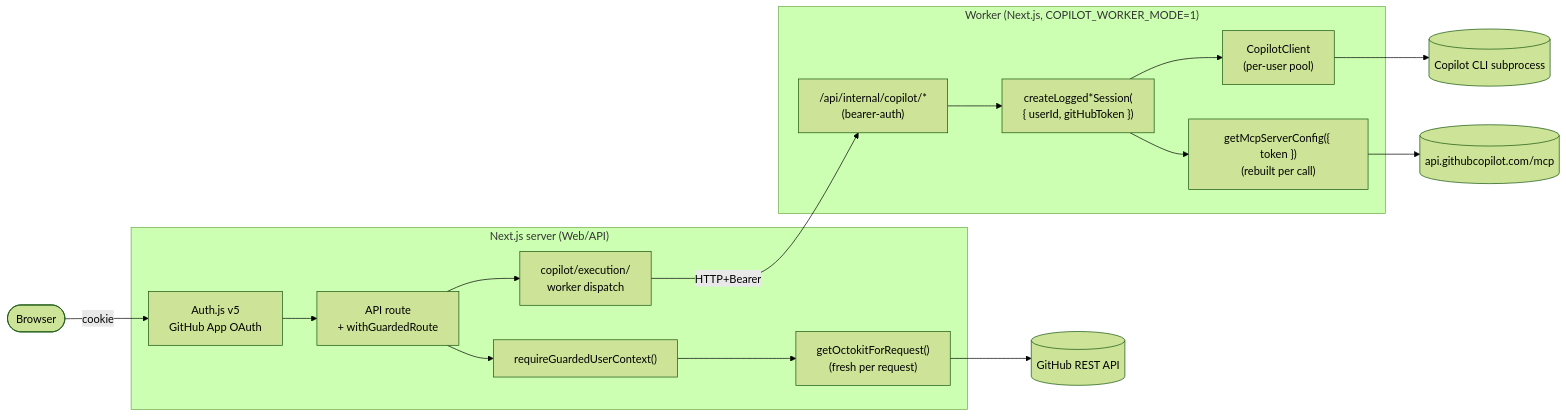
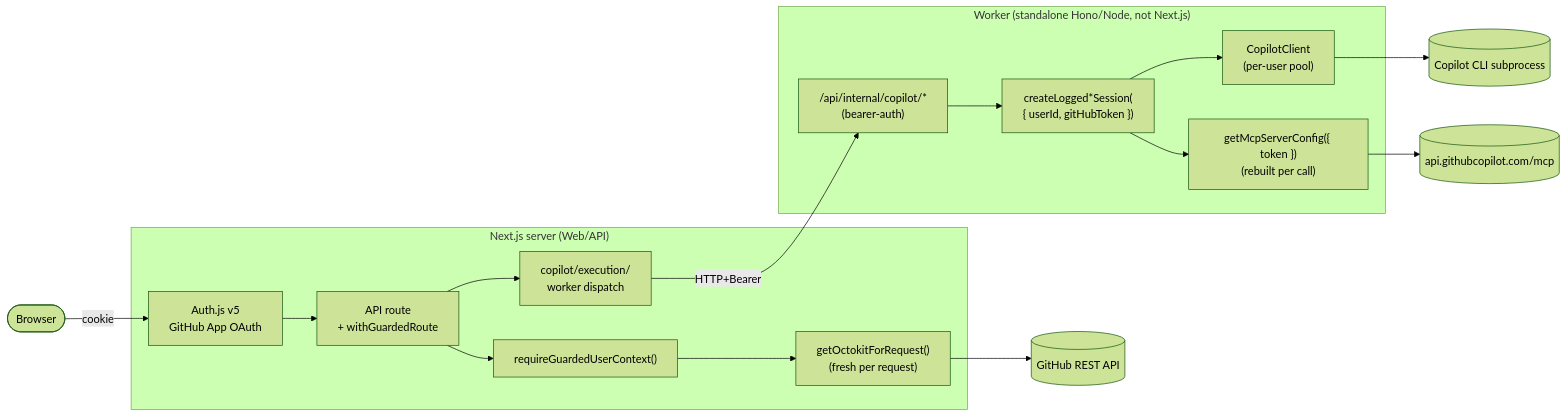
One commit to chrisreddington/flight-school changed the diagram in docs/architecture-multitenant.md. Above: the diagram before and after it, drawn with Mermaid (forest theme). The commit also changed other lines of this file and 61 other files, not shown here.

````diff
--- a/docs/architecture-multitenant.md
+++ b/docs/architecture-multitenant.md
@@ -29,32 +29,32 @@
 ```mermaid
 flowchart LR
     Browser([Browser])
 
     subgraph NextProc["Next.js server (Web/API)"]
         AuthJS["Auth.js v5<br/>GitHub App OAuth"]
         Route["API route<br/>+ withGuardedRoute"]
         Ctx["requireGuardedUserContext()"]
         Oct["getOctokitForRequest()<br/>(fresh per request)"]
         Exec["copilot/execution/<br/>worker dispatch"]
     end
 
-    subgraph WorkerProc["Worker (Next.js, COPILOT_WORKER_MODE=1)"]
+    subgraph WorkerProc["Worker (standalone Hono/Node, not Next.js)"]
         WRoute["/api/internal/copilot/*<br/>(bearer-auth)"]
         Sess["createLogged*Session(<br/>{ userId, gitHubToken })"]
         Client["CopilotClient<br/>(per-user pool)"]
         MCP["getMcpServerConfig({ token })<br/>(rebuilt per call)"]
     end
 
     GH[(GitHub REST API)]
     MCPSrv[(api.githubcopilot.com/mcp)]
     Copilot[(Copilot CLI subprocess)]
 
     Browser -->|cookie| AuthJS
     AuthJS --> Route
     Route --> Ctx
     Ctx --> Oct --> GH
     Route --> Exec -->|HTTP+Bearer| WRoute
     WRoute --> Sess
     Sess --> Client --> Copilot
     Sess --> MCP --> MCPSrv
 ```
````
